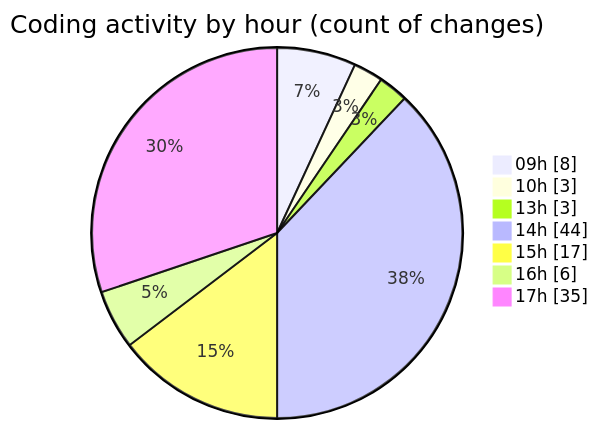
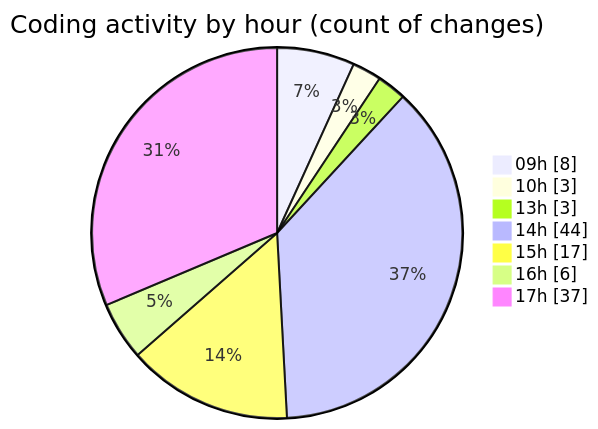
The second of 2 diagrams in 2026-04-09/cda/README.md (momahboobian/code-tracking), drawn with Mermaid before and after one commit. The commit also changed other lines of this file and 1 other file, not shown here.

````diff
--- a/2026-04-09/cda/README.md
+++ b/2026-04-09/cda/README.md
@@ -44,11 +44,11 @@
 ```mermaid
 pie showData
 title Coding activity by hour (count of changes)
 "09h" : 8
 "10h" : 3
 "13h" : 3
 "14h" : 44
 "15h" : 17
 "16h" : 6
-"17h" : 35
+"17h" : 37
 ```
````
